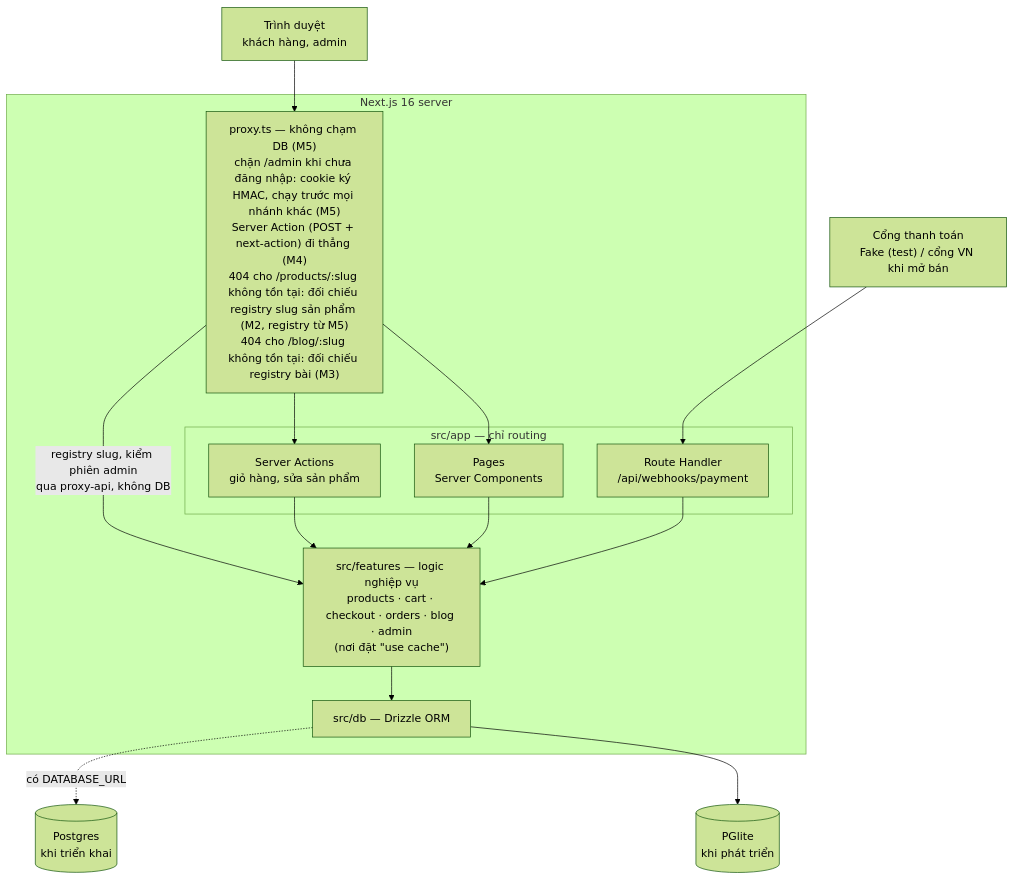
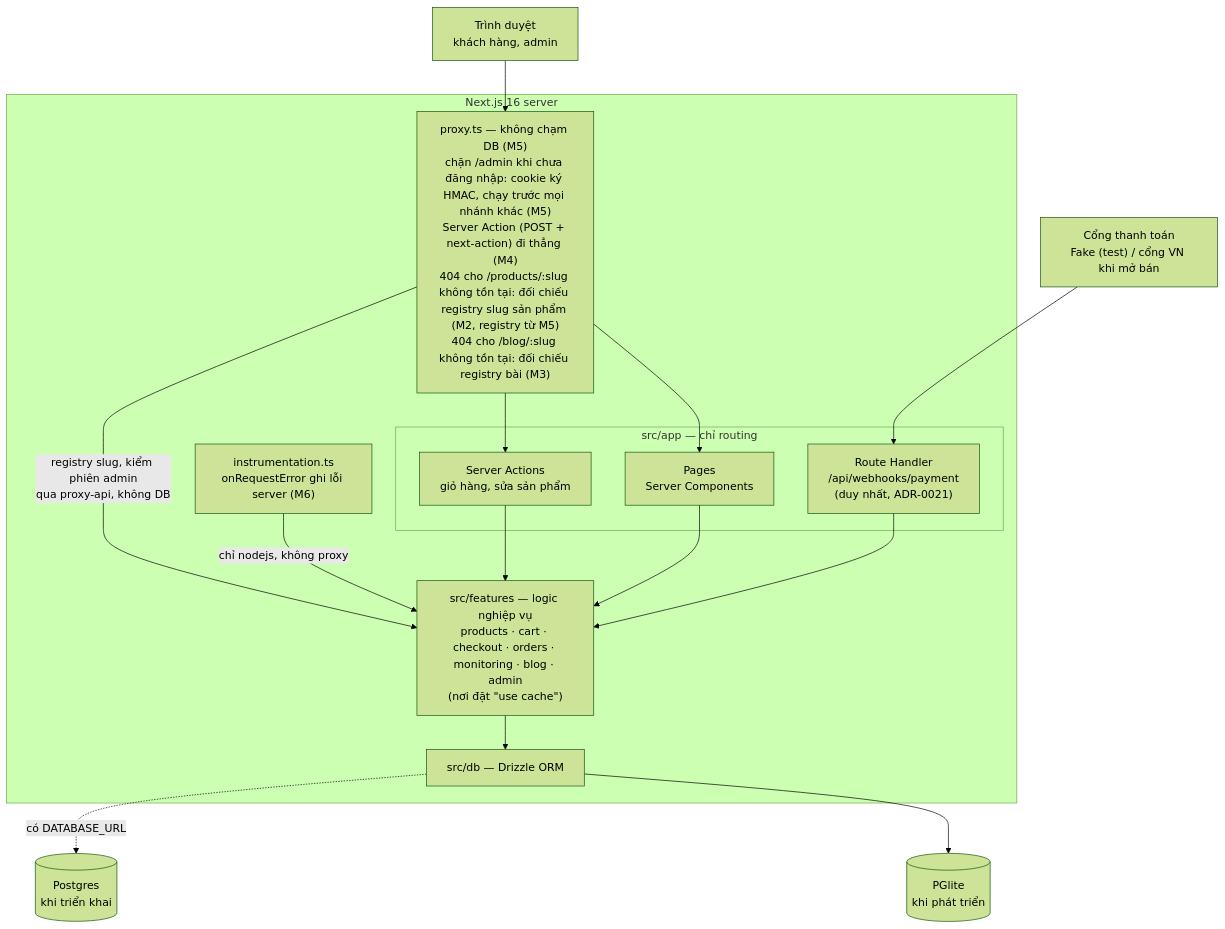
Before and after one commit to chinhpham208/next-store: the first of 6 diagrams in docs/architecture.md, drawn with Mermaid (forest theme). The commit also changed other lines of this file and 11 other files, not shown here.

````diff
--- a/docs/architecture.md
+++ b/docs/architecture.md
@@ -9,26 +9,28 @@
 ```mermaid
 flowchart TB
   browser["Trình duyệt<br/>khách hàng, admin"]
   payment["Cổng thanh toán<br/>Fake (test) / cổng VN khi mở bán"]
 
   subgraph next["Next.js 16 server"]
     proxy["proxy.ts — không chạm DB (M5)<br/>chặn /admin khi chưa đăng nhập: cookie ký HMAC, chạy trước mọi nhánh khác (M5)<br/>Server Action (POST + next-action) đi thẳng (M4)<br/>404 cho /products/:slug không tồn tại: đối chiếu registry slug sản phẩm (M2, registry từ M5)<br/>404 cho /blog/:slug không tồn tại: đối chiếu registry bài (M3)"]
     subgraph app["src/app — chỉ routing"]
       pages["Pages<br/>Server Components"]
       actions["Server Actions<br/>giỏ hàng, sửa sản phẩm"]
-      route["Route Handler<br/>/api/webhooks/payment"]
+      route["Route Handler<br/>/api/webhooks/payment<br/>(duy nhất, ADR-0021)"]
     end
-    features["src/features — logic nghiệp vụ<br/>products · cart · checkout · orders · blog · admin<br/>(nơi đặt &quot;use cache&quot;)"]
+    instr["instrumentation.ts<br/>onRequestError ghi lỗi server (M6)"]
+    features["src/features — logic nghiệp vụ<br/>products · cart · checkout · orders · monitoring · blog · admin<br/>(nơi đặt &quot;use cache&quot;)"]
     db["src/db — Drizzle ORM"]
   end
 
   pglite[("PGlite<br/>khi phát triển")]
   postgres[("Postgres<br/>khi triển khai")]
 
   browser --> proxy --> pages & actions
   payment --> route
   pages & actions & route --> features --> db
+  instr -->|chỉ nodejs, không proxy| features
   proxy -->|registry slug, kiểm phiên admin<br/>qua proxy-api, không DB| features
   db --> pglite
   db -.->|có DATABASE_URL| postgres
 ```
````
